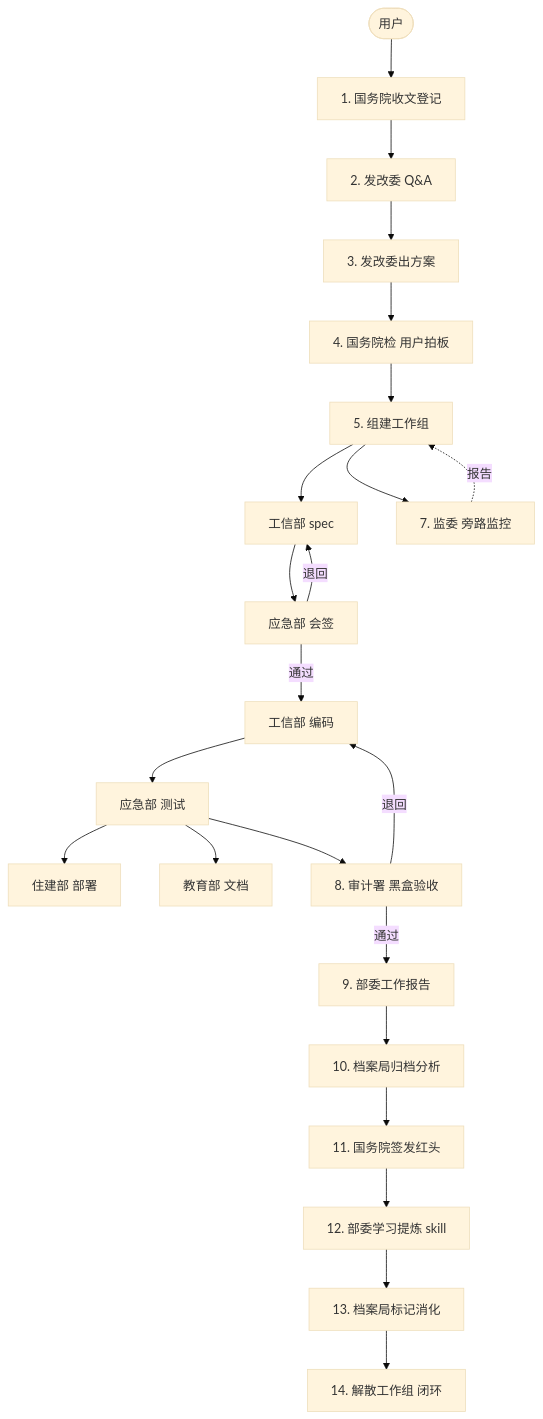
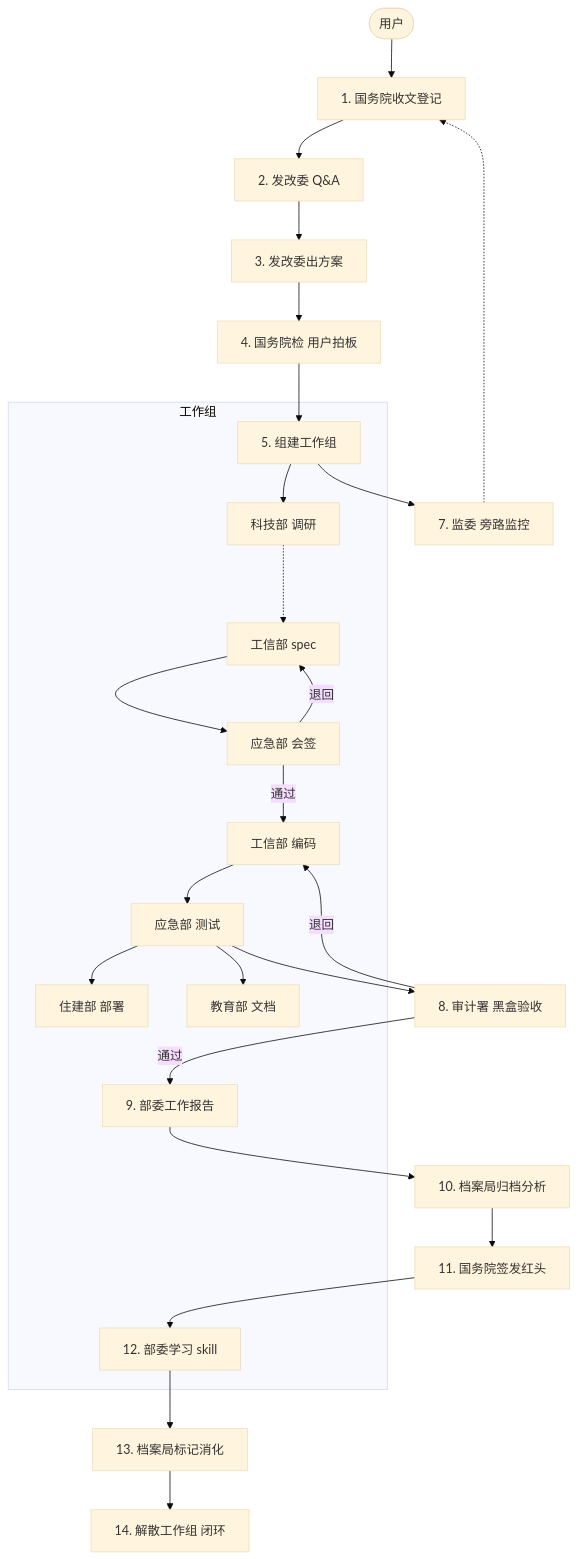
Before and after one commit to bomomoQWQ/Serve-the-People: the diagram in README.md, drawn with Mermaid (base theme). The commit also changed other lines of this file, not shown here.

Commit message:
docs: README 更新 — 全部工具/agent 名同步

````diff
--- a/README.md
+++ b/README.md
@@ -7,25 +7,43 @@
 ```mermaid
 graph TD
     U([用户]) --> A[1. 国务院收文登记]
     A --> B[2. 发改委 Q&A]
     B --> C[3. 发改委出方案]
     C --> D[4. 国务院检 用户拍板]
     D --> E[5. 组建工作组]
-    E --> F1[工信部 spec]
-    F1 --> F2[应急部 会签]
+
+    subgraph WG[工作组]
+    E
+    F0[科技部 调研]
+    F1[工信部 spec]
+    F2[应急部 会签]
+    F3[工信部 编码]
+    F4[应急部 测试]
+    F5[住建部 部署]
+    F6[教育部 文档]
+    I[9. 部委工作报告]
+    L[12. 部委学习 skill]
+    end
+
+    E --> F0
+    F0 -..-> F1
+    F1 --> F2
     F2 -->|退回| F1
-    F2 -->|通过| F3[工信部 编码]
-    F3 --> F4[应急部 测试]
-    F4 --> F5[住建部 部署]
-    F4 --> F6[教育部 文档]
+    F2 -->|通过| F3
+    F3 --> F4
+    F4 --> F5
+    F4 --> F6
+
     E --> G[7. 监委 旁路监控]
-    G -.->|报告| E
+    G -.-> A
+
     F4 --> H[8. 审计署 黑盒验收]
     H -->|退回| F3
-    H -->|通过| I[9. 部委工作报告]
+    H -->|通过| I
+
     I --> J[10. 档案局归档分析]
     J --> K[11. 国务院签发红头]
-    K --> L[12. 部委学习提炼 skill]
+    K --> L
     L --> M[13. 档案局标记消化]
     M --> N[14. 解散工作组 闭环]
 ```
````
